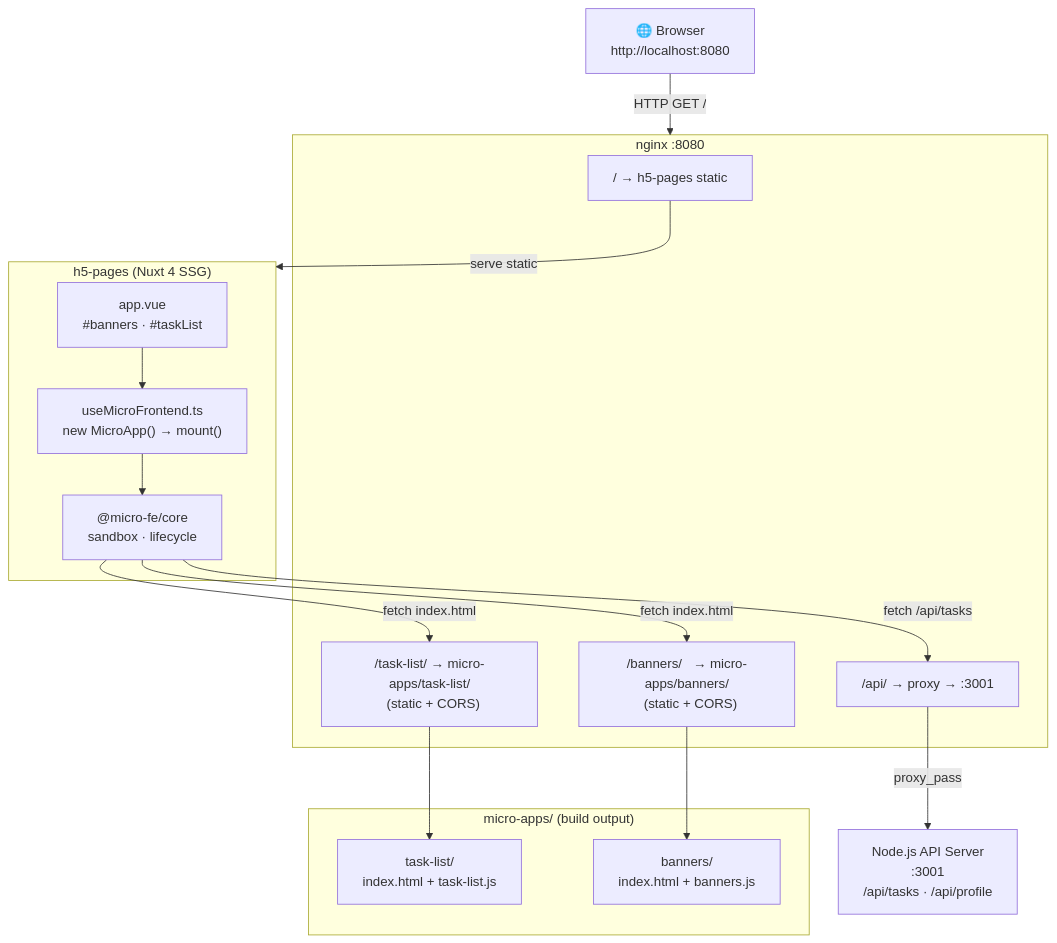
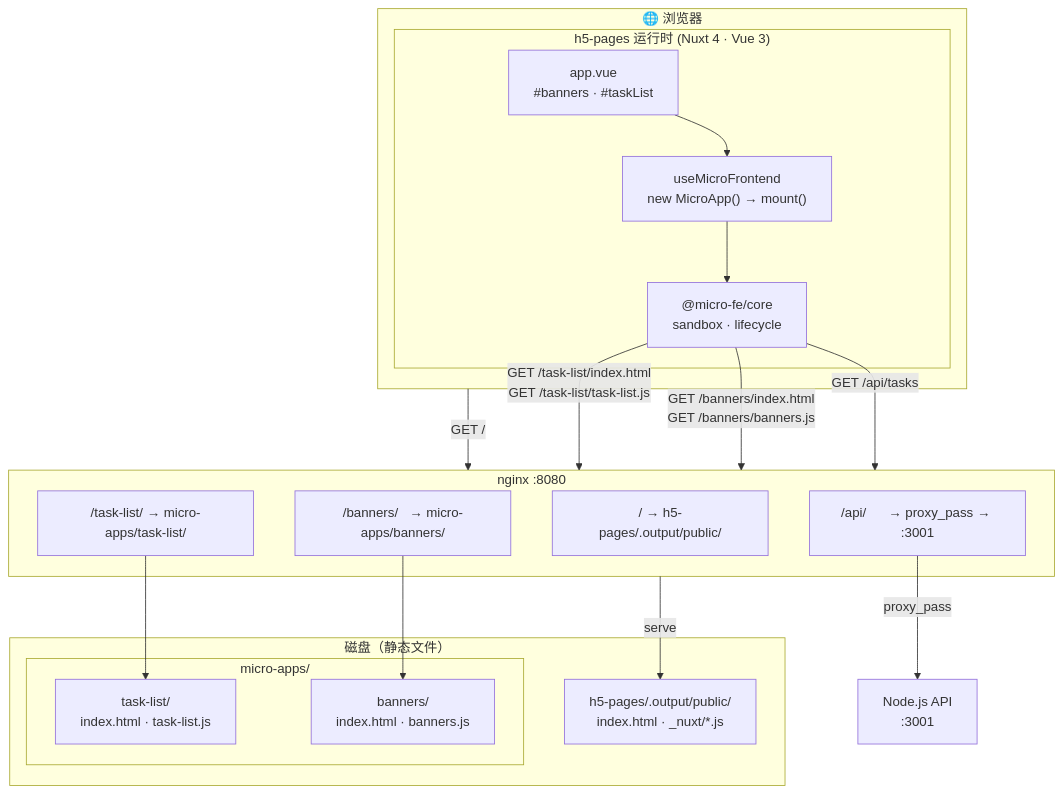
The first of 7 diagrams in docs/architecture.md (ParadeTo/micro-fe-demo), drawn with Mermaid before and after one commit.

Commit message:
feat: update architecture documentation to reflect new micro frontend structure and nginx configuration

````diff
--- a/docs/architecture.md
+++ b/docs/architecture.md
@@ -5,34 +5,37 @@
 ```mermaid
 graph TD
-    Browser["🌐 Browser\nhttp://localhost:8080"]
+    subgraph Browser["🌐 浏览器"]
+        subgraph host["h5-pages 运行时  (Nuxt 4 · Vue 3)"]
+            AppVue["app.vue\n#banners · #taskList"]
+            Composable["useMicroFrontend\nnew MicroApp() → mount()"]
+            Core["@micro-fe/core\nsandbox · lifecycle"]
+            AppVue --> Composable --> Core
+        end
+    end
 
     subgraph nginx["nginx :8080"]
-        R_root["/ → h5-pages static"]
-        R_tl["  /task-list/ → micro-apps/task-list/\n  (static + CORS)"]
-        R_bn["  /banners/   → micro-apps/banners/\n  (static + CORS)"]
-        R_api[" /api/       → proxy → :3001"]
+        R_root["/ → h5-pages/.output/public/"]
+        R_tl["/task-list/ → micro-apps/task-list/"]
+        R_bn["/banners/   → micro-apps/banners/"]
+        R_api["/api/      → proxy_pass → :3001"]
     end
 
-    subgraph host["h5-pages  (Nuxt 4 SSG)"]
-        AppVue["app.vue\n#banners · #taskList"]
-        Composable["useMicroFrontend.ts\nnew MicroApp() → mount()"]
-        Core["@micro-fe/core\nsandbox · lifecycle"]
-        AppVue --> Composable --> Core
+    subgraph disk["磁盘（静态文件）"]
+        H5Out["h5-pages/.output/public/\nindex.html · _nuxt/*.js"]
+        subgraph micro["micro-apps/"]
+            TL["task-list/\nindex.html · task-list.js"]
+            BN["banners/\nindex.html · banners.js"]
+        end
     end
 
-    subgraph micro["micro-apps/  (build output)"]
-        TL["task-list/\nindex.html + task-list.js"]
-        BN["banners/\nindex.html + banners.js"]
-    end
+    API["Node.js API\n:3001"]
 
-    API["Node.js API Server\n:3001\n/api/tasks · /api/profile"]
-
-    Browser -->|"HTTP GET /"| nginx
-    R_root -->|serve static| host
-    Core -->|"fetch index.html"| R_tl
-    Core -->|"fetch index.html"| R_bn
+    Browser -->|"GET /"| nginx
+    nginx -->|"serve"| H5Out
+    Core -->|"GET /task-list/index.html\nGET /task-list/task-list.js"| nginx
+    Core -->|"GET /banners/index.html\nGET /banners/banners.js"| nginx
     R_tl --> TL
     R_bn --> BN
-    Core -->|"fetch /api/tasks"| R_api
-    R_api -->|proxy_pass| API
+    Core -->|"GET /api/tasks"| nginx
+    R_api -->|"proxy_pass"| API
 ```
````
